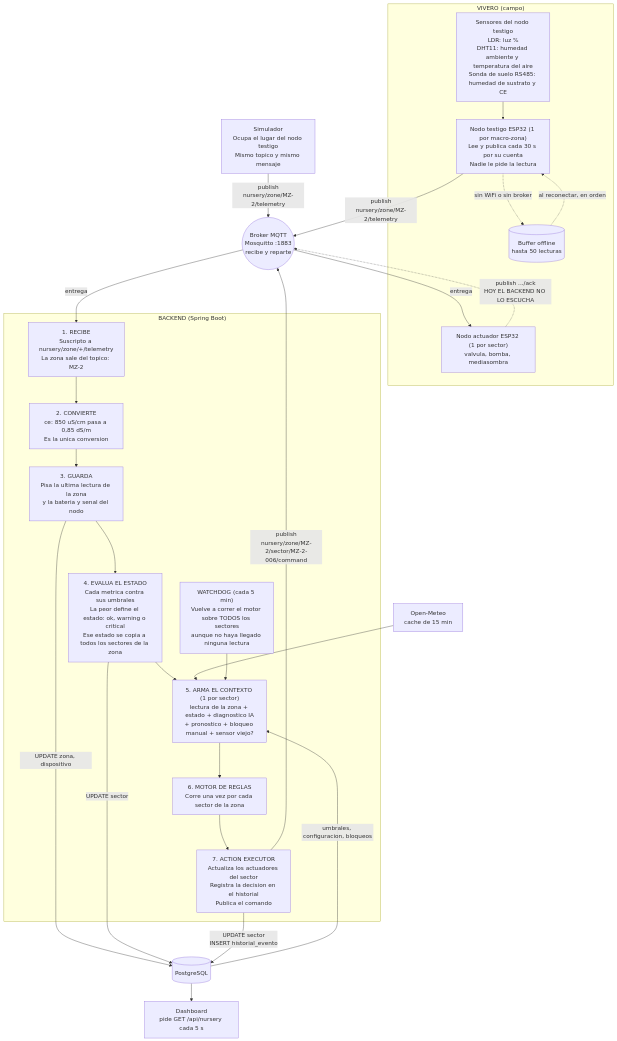
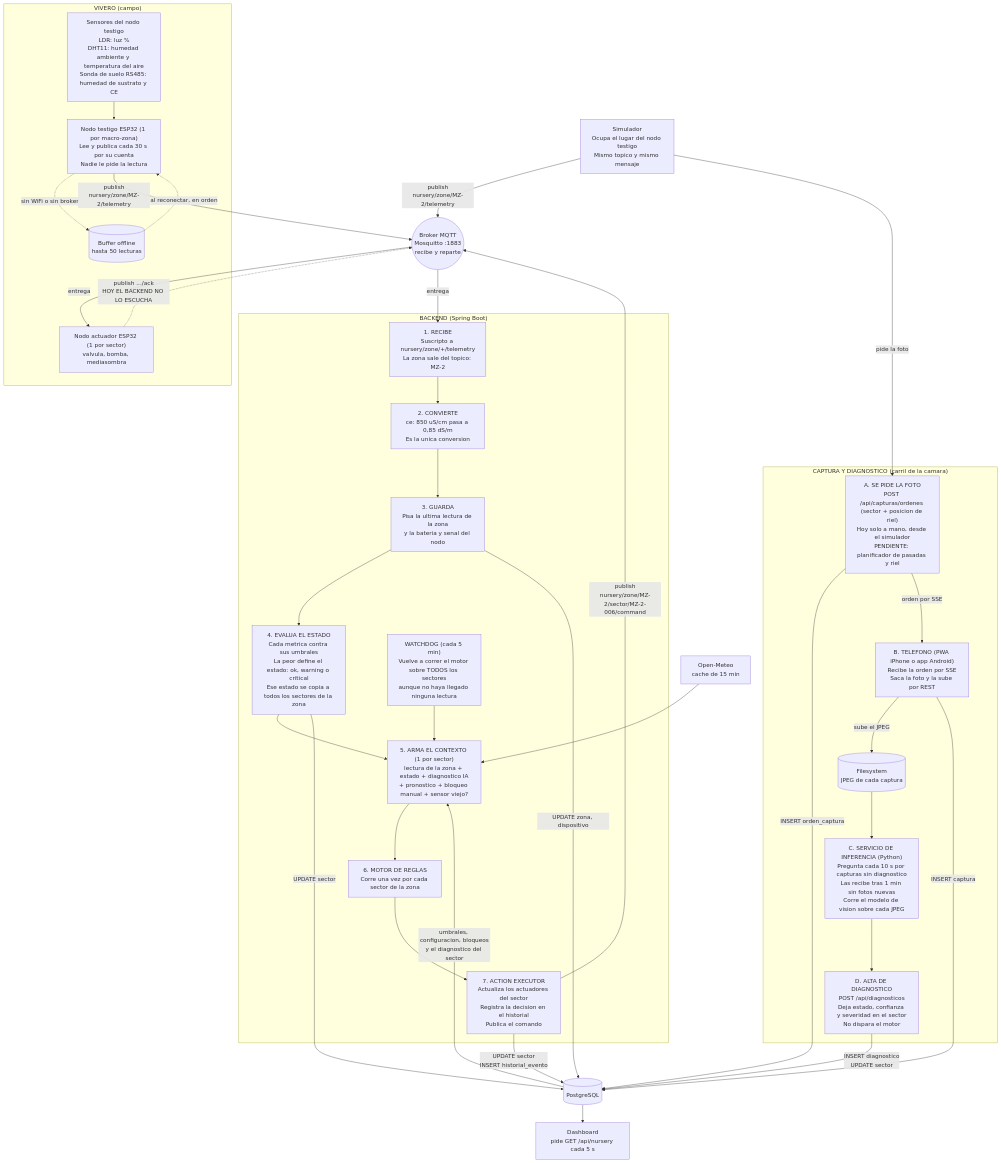
One commit to ssgalo/Yerbanalytics changed the first of 2 diagrams in docs-motor-reglas/circuito-sensado-a-motor.md. Above: the diagram before and after it, drawn with Mermaid. The commit also changed other lines of this file, not shown here.

Commit message:
docs: sumar el carril de captura y diagnóstico al circuito de sensado

````diff
--- a/docs-motor-reglas/circuito-sensado-a-motor.md
+++ b/docs-motor-reglas/circuito-sensado-a-motor.md
@@ -15,46 +16,63 @@
 ```mermaid
 flowchart TD
     subgraph CAMPO["VIVERO (campo)"]
         SENS["Sensores del nodo testigo<br/>LDR: luz %<br/>DHT11: humedad ambiente y temperatura del aire<br/>Sonda de suelo RS485: humedad de sustrato y CE"]
         NODO["Nodo testigo ESP32 (1 por macro-zona)<br/>Lee y publica cada 30 s por su cuenta<br/>Nadie le pide la lectura"]
         BUF[("Buffer offline<br/>hasta 50 lecturas")]
         ACT["Nodo actuador ESP32 (1 por sector)<br/>valvula, bomba, mediasombra"]
     end
 
     SIM["Simulador<br/>Ocupa el lugar del nodo testigo<br/>Mismo topico y mismo mensaje"]
 
     BROKER(("Broker MQTT<br/>Mosquitto :1883<br/>recibe y reparte"))
 
     subgraph BACK["BACKEND (Spring Boot)"]
         P1["1. RECIBE<br/>Suscripto a nursery/zone/+/telemetry<br/>La zona sale del topico: MZ-2"]
         P2["2. CONVIERTE<br/>ce: 850 uS/cm pasa a 0,85 dS/m<br/>Es la unica conversion"]
         P3["3. GUARDA<br/>Pisa la ultima lectura de la zona<br/>y la bateria y senal del nodo"]
         P4["4. EVALUA EL ESTADO<br/>Cada metrica contra sus umbrales<br/>La peor define el estado: ok, warning o critical<br/>Ese estado se copia a todos los sectores de la zona"]
         P5["5. ARMA EL CONTEXTO (1 por sector)<br/>lectura de la zona + estado + diagnostico IA<br/>+ pronostico + bloqueo manual + sensor viejo?"]
         P6["6. MOTOR DE REGLAS<br/>Corre una vez por cada sector de la zona"]
         P7["7. ACTION EXECUTOR<br/>Actualiza los actuadores del sector<br/>Registra la decision en el historial<br/>Publica el comando"]
         WD["WATCHDOG (cada 5 min)<br/>Vuelve a correr el motor sobre TODOS los sectores<br/>aunque no haya llegado ninguna lectura"]
     end
 
+    subgraph CAM["CAPTURA Y DIAGNOSTICO (carril de la camara)"]
+        CA["A. SE PIDE LA FOTO<br/>POST /api/capturas/ordenes (sector + posicion de riel)<br/>Hoy solo a mano, desde el simulador<br/>PENDIENTE: planificador de pasadas y riel"]
+        CB["B. TELEFONO (PWA iPhone o app Android)<br/>Recibe la orden por SSE<br/>Saca la foto y la sube por REST"]
+        FS[("Filesystem<br/>JPEG de cada captura")]
+        CC["C. SERVICIO DE INFERENCIA (Python)<br/>Pregunta cada 10 s por capturas sin diagnostico<br/>Las recibe tras 1 min sin fotos nuevas<br/>Corre el modelo de vision sobre cada JPEG"]
+        CD["D. ALTA DE DIAGNOSTICO<br/>POST /api/diagnosticos<br/>Deja estado, confianza y severidad en el sector<br/>No dispara el motor"]
+    end
+
     DB[("PostgreSQL")]
     CLIMA["Open-Meteo<br/>cache de 15 min"]
     DASH["Dashboard<br/>pide GET /api/nursery cada 5 s"]
 
     SENS --> NODO
     NODO -. "sin WiFi o sin broker" .-> BUF
     BUF -. "al reconectar, en orden" .-> NODO
     NODO -- "publish<br/>nursery/zone/MZ-2/telemetry" --> BROKER
     SIM -- "publish<br/>nursery/zone/MZ-2/telemetry" --> BROKER
     BROKER -- "entrega" --> P1
     P1 --> P2 --> P3 --> P4 --> P5 --> P6 --> P7
     P3 -- "UPDATE zona, dispositivo" --> DB
     P4 -- "UPDATE sector" --> DB
     CLIMA --> P5
-    DB -- "umbrales, configuracion, bloqueos" --> P5
+    DB -- "umbrales, configuracion, bloqueos<br/>y el diagnostico del sector" --> P5
     WD --> P5
     P7 -- "UPDATE sector<br/>INSERT historial_evento" --> DB
     P7 -- "publish<br/>nursery/zone/MZ-2/sector/MZ-2-006/command" --> BROKER
     BROKER -- "entrega" --> ACT
     ACT -. "publish .../ack<br/>HOY EL BACKEND NO LO ESCUCHA" .-> BROKER
     DB --> DASH
+
+    SIM -- "pide la foto" --> CA
+    CA -- "INSERT orden_captura" --> DB
+    CA -- "orden por SSE" --> CB
+    CB -- "sube el JPEG" --> FS
+    CB -- "INSERT captura" --> DB
+    FS --> CC
+    CC --> CD
+    CD -- "INSERT diagnostico<br/>UPDATE sector" --> DB
 ```
````
